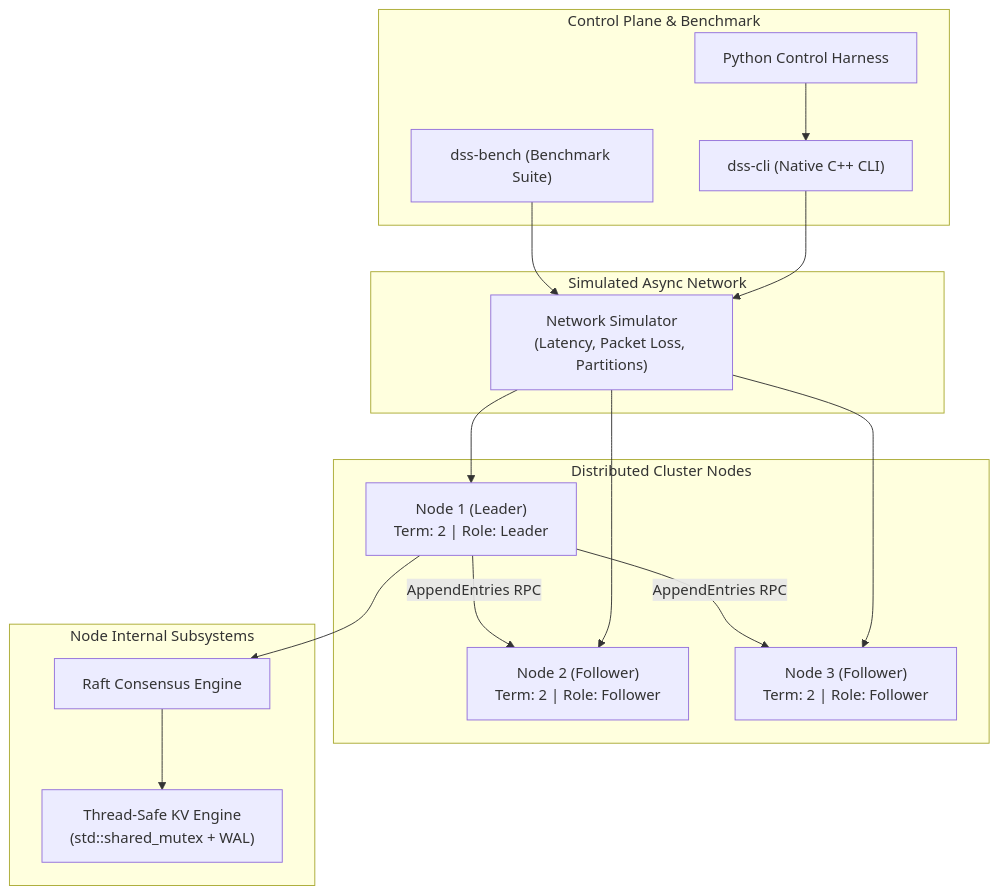
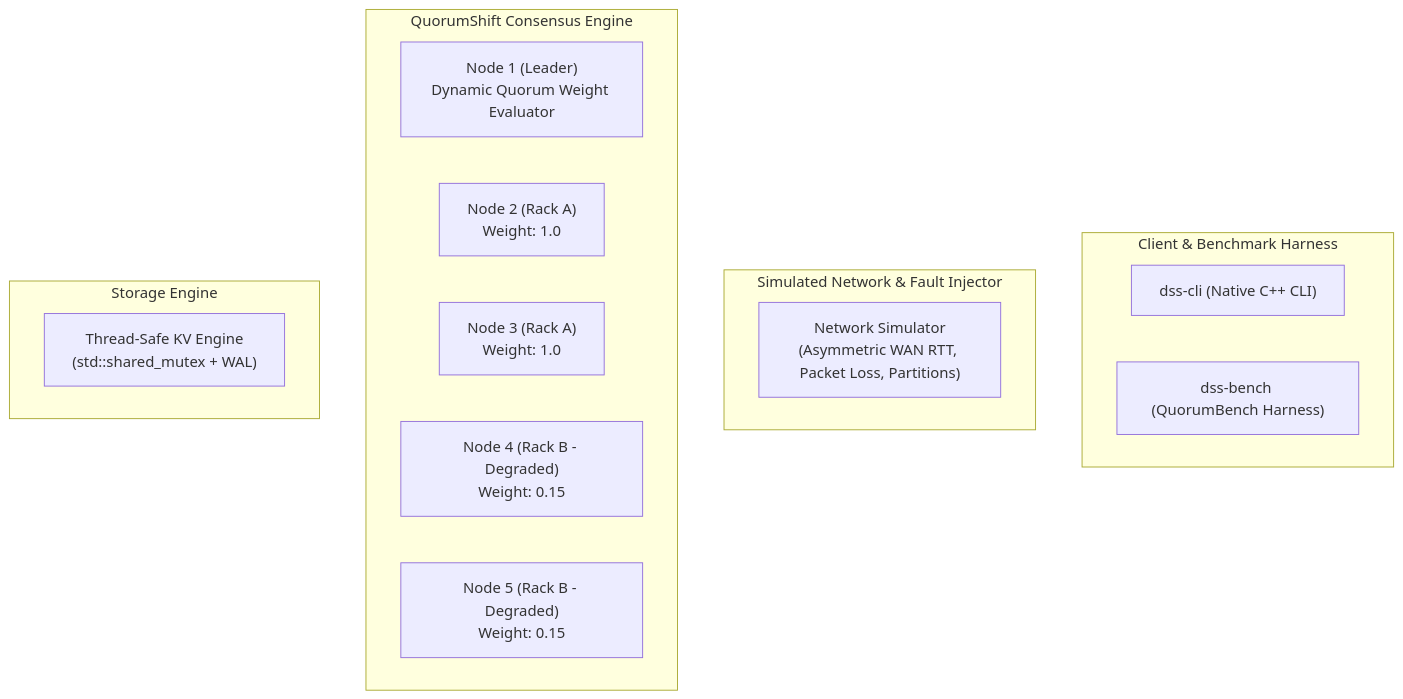
One commit to shamddd/quorumshift changed the diagram in README.md. Above: the diagram before and after it, drawn with Mermaid. The commit also changed other lines of this file and 16 other files, not shown here.

````diff
--- a/README.md
+++ b/README.md
@@ -20,36 +14,23 @@
 ```mermaid
 flowchart TD
-    subgraph Control Plane & Benchmark
+    subgraph Client & Benchmark Harness
         CLI["dss-cli (Native C++ CLI)"]
-        Bench["dss-bench (Benchmark Suite)"]
-        PyHarness["Python Control Harness"]
+        Bench["dss-bench (QuorumBench Harness)"]
     end
 
-    subgraph Simulated Async Network
-        NetSim["Network Simulator\n(Latency, Packet Loss, Partitions)"]
+    subgraph Simulated Network & Fault Injector
+        NetSim["Network Simulator\n(Asymmetric WAN RTT, Packet Loss, Partitions)"]
     end
 
-    subgraph Distributed Cluster Nodes
-        Node1["Node 1 (Leader)\nTerm: 2 | Role: Leader"]
-        Node2["Node 2 (Follower)\nTerm: 2 | Role: Follower"]
-        Node3["Node 3 (Follower)\nTerm: 2 | Role: Follower"]
+    subgraph QuorumShift Consensus Engine
+        Leader["Node 1 (Leader)\nDynamic Quorum Weight Evaluator"]
+        Follower1["Node 2 (Rack A)\nWeight: 1.0"]
+        Follower2["Node 3 (Rack A)\nWeight: 1.0"]
+        Follower3["Node 4 (Rack B - Degraded)\nWeight: 0.15"]
+        Follower4["Node 5 (Rack B - Degraded)\nWeight: 0.15"]
     end
 
-    subgraph Node Internal Subsystems
-        RaftEngine["Raft Consensus Engine"]
-        StorageEngine["Thread-Safe KV Engine\n(std::shared_mutex + WAL)"]
+    subgraph Storage Engine
+        SE["Thread-Safe KV Engine\n(std::shared_mutex + WAL)"]
     end
-
-    CLI --> NetSim
-    Bench --> NetSim
-    PyHarness --> CLI
-    NetSim --> Node1
-    NetSim --> Node2
-    NetSim --> Node3
-
-    Node1 -->|AppendEntries RPC| Node2
-    Node1 -->|AppendEntries RPC| Node3
-
-    Node1 --> RaftEngine
-    RaftEngine --> StorageEngine
 ```
````
